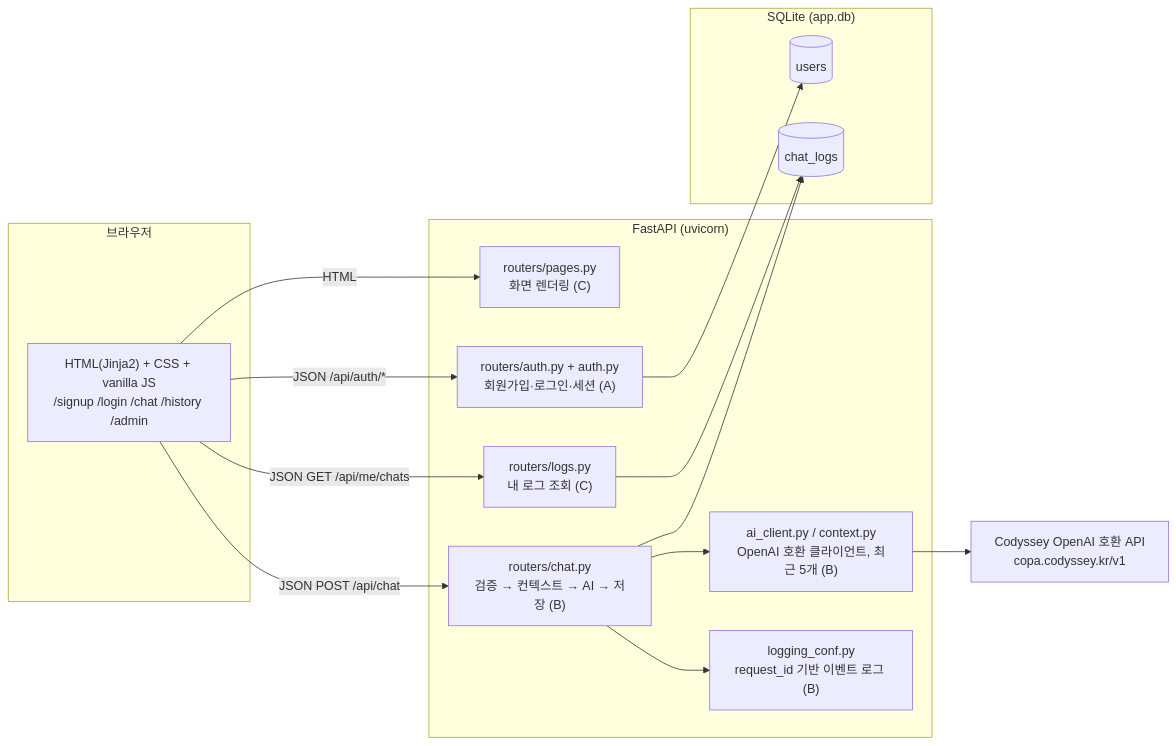
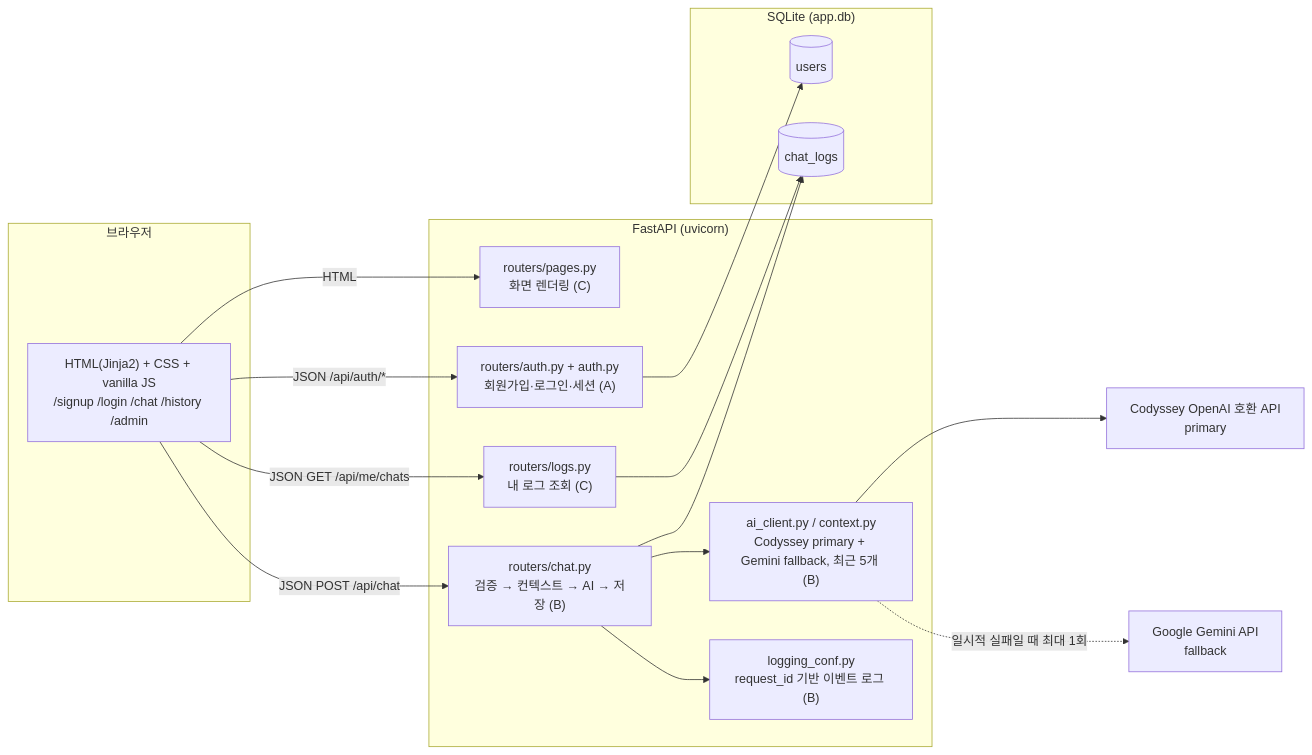
Before and after one commit to Codyssey-AI-Chatbot/Codyssey-AI-Chatbot: the first of 3 diagrams in README.md, drawn with Mermaid. The commit also changed other lines of this file and 1 other file, not shown here.

Commit message:
docs: document Gemini fallback operations

````diff
--- a/README.md
+++ b/README.md
@@ -70,32 +70,34 @@
 ```mermaid
 flowchart LR
     subgraph Browser["브라우저"]
         UI["HTML(Jinja2) + CSS + vanilla JS<br/>/signup /login /chat /history /admin"]
     end
 
     subgraph Server["FastAPI (uvicorn)"]
         PAGES["routers/pages.py<br/>화면 렌더링 (C)"]
         AUTH["routers/auth.py + auth.py<br/>회원가입·로그인·세션 (A)"]
         CHAT["routers/chat.py<br/>검증 → 컨텍스트 → AI → 저장 (B)"]
         LOGS["routers/logs.py<br/>내 로그 조회 (C)"]
-        AI["ai_client.py / context.py<br/>OpenAI 호환 클라이언트, 최근 5개 (B)"]
+        AI["ai_client.py / context.py<br/>Codyssey primary + Gemini fallback, 최근 5개 (B)"]
         LOG["logging_conf.py<br/>request_id 기반 이벤트 로그 (B)"]
     end
 
     subgraph Data["SQLite (app.db)"]
         USERS[("users")]
         CHATLOGS[("chat_logs")]
     end
 
-    EXT["Codyssey OpenAI 호환 API<br/>copa.codyssey.kr/v1"]
+    PRIMARY["Codyssey OpenAI 호환 API<br/>primary"]
+    FALLBACK["Google Gemini API<br/>fallback"]
 
     UI -- "HTML" --> PAGES
     UI -- "JSON /api/auth/*" --> AUTH
     UI -- "JSON POST /api/chat" --> CHAT
     UI -- "JSON GET /api/me/chats" --> LOGS
     AUTH --> USERS
-    CHAT --> AI --> EXT
+    CHAT --> AI --> PRIMARY
+    AI -. "일시적 실패일 때 최대 1회" .-> FALLBACK
     CHAT --> CHATLOGS
     CHAT --> LOG
     LOGS --> CHATLOGS
 ```
````
